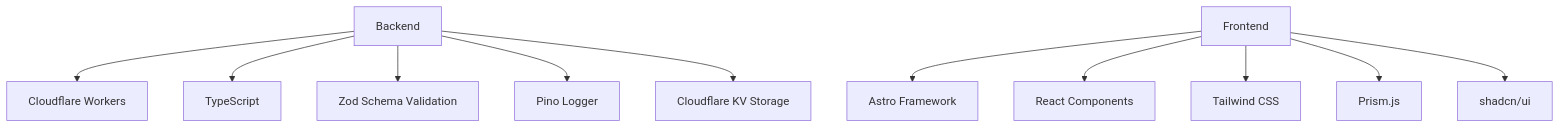
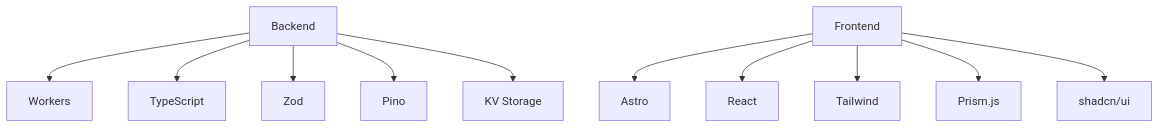
The first of 2 diagrams in README.md (erfianugrah/pastebin), drawn with Mermaid before and after one commit. The commit also changed other lines of this file and 4 other files, not shown here.

Commit message:
updated mermaid diagrams

````diff
--- a/README.md
+++ b/README.md
@@ -42,14 +42,14 @@
 ```mermaid
 graph TD
-    Backend[Backend] --> Workers[Cloudflare Workers]
-    Backend --> TypeScript[TypeScript]
-    Backend --> Zod[Zod Schema Validation]
-    Backend --> Pino[Pino Logger]
-    Backend --> KV[Cloudflare KV Storage]
+    BE[Backend] --> CF[Workers]
+    BE --> TS[TypeScript]
+    BE --> Zod[Zod]
+    BE --> Pino[Pino]
+    BE --> KV[KV Storage]
     
-    Frontend[Frontend] --> Astro[Astro Framework]
-    Frontend --> React[React Components]
-    Frontend --> Tailwind[Tailwind CSS]
-    Frontend --> Prism[Prism.js]
-    Frontend --> ShadcnUI[shadcn/ui]
+    FE[Frontend] --> Astro[Astro]
+    FE --> React[React]
+    FE --> TW[Tailwind]
+    FE --> Prism[Prism.js]
+    FE --> UI[shadcn/ui]
 ```
````
